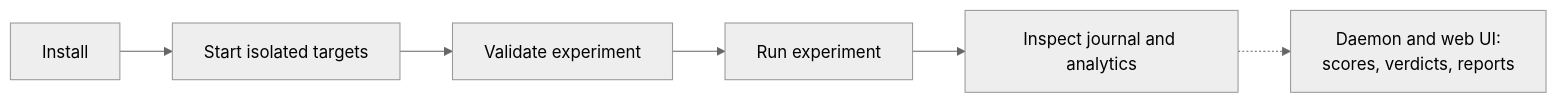
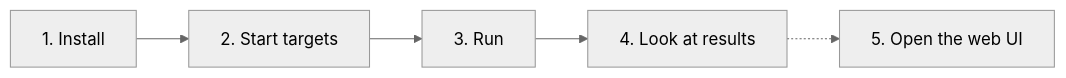
One commit to mwigge/tumult changed the diagram in QUICKSTART.md. Above: the diagram before and after it, drawn with Mermaid (neutral theme). The commit also changed other lines of this file and 58 other files, not shown here.

First line of the commit message:
docs: rewrite the entry pages for 3.0 in simple English with diagrams and screenshots

````diff
--- a/QUICKSTART.md
+++ b/QUICKSTART.md
@@ -28,10 +5,9 @@
 ```mermaid
 flowchart LR
     accTitle: Tumult quickstart path
-    accDescr: Install Tumult, start isolated targets, validate and run an experiment, then inspect the journal and analytics results. The same evidence can then be read in the daemon and its web UI as scores, verdicts and reports.
-    install[Install] --> targets[Start isolated targets]
-    targets --> validate[Validate experiment]
-    validate --> run[Run experiment]
-    run --> inspect[Inspect journal and analytics]
-    inspect -.-> platform[Daemon and web UI:<br>scores, verdicts, reports]
+    accDescr: Install Tumult, start test targets, run an experiment, look at the results, then open the web UI to see scores and risks.
+    install[1. Install] --> targets[2. Start targets]
+    targets --> run[3. Run]
+    run --> look[4. Look at results]
+    look -.-> ui[5. Open the web UI]
 ```
````
